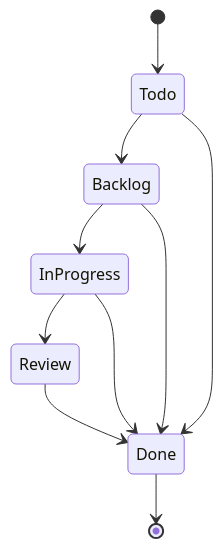
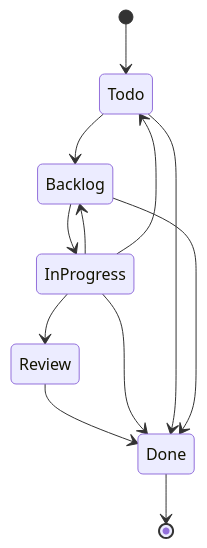
Before and after one commit to aleskalfas/project-kit: the third of 3 diagrams in tech-docs/analysis/project-management/domain-model/030-the-issue-lifecycle.md, drawn with Mermaid. The commit also changed other lines of this file and 2 other files, not shown here.

First line of the commit message:
docs(analysis): the issue lifecycle's view and UC-061 carry the move back

````diff
--- a/tech-docs/analysis/project-management/domain-model/030-the-issue-lifecycle.md
+++ b/tech-docs/analysis/project-management/domain-model/030-the-issue-lifecycle.md
@@ -100,14 +103,16 @@
 ```mermaid
 stateDiagram-v2
   accTitle: The states of the issue lifecycle
-  accDescr: Todo, Backlog, In Progress, Review and Done, in that order. Only a Task enters Review. Todo and Backlog may go straight to Done, as won't do.
+  accDescr: Todo, Backlog, In Progress, Review and Done, in that order. Only a Task enters Review. In Progress may go back to Backlog or Todo, once the work stopped. Todo and Backlog may go straight to Done, as won't do.
   [*] --> Todo
   Todo --> Backlog
   Backlog --> InProgress
+  InProgress --> Backlog
+  InProgress --> Todo
   InProgress --> Review
   Review --> Done
   InProgress --> Done
   Todo --> Done
   Backlog --> Done
   Done --> [*]
 ```
````
